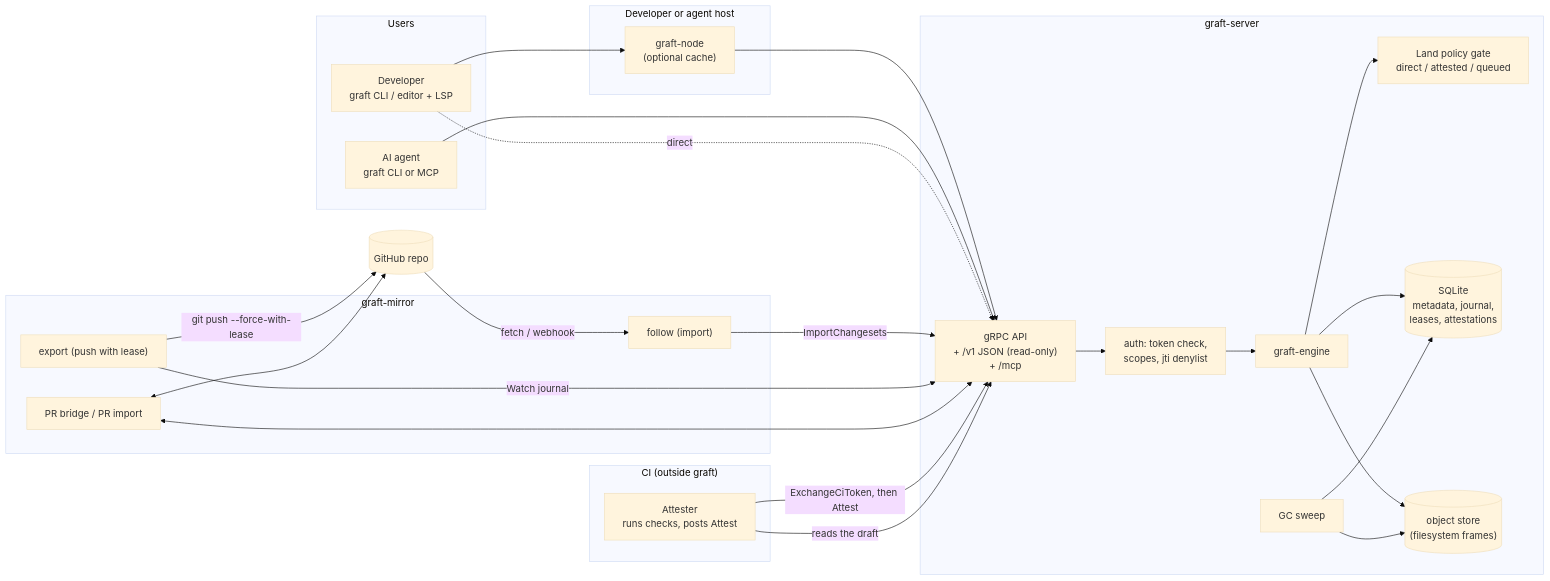
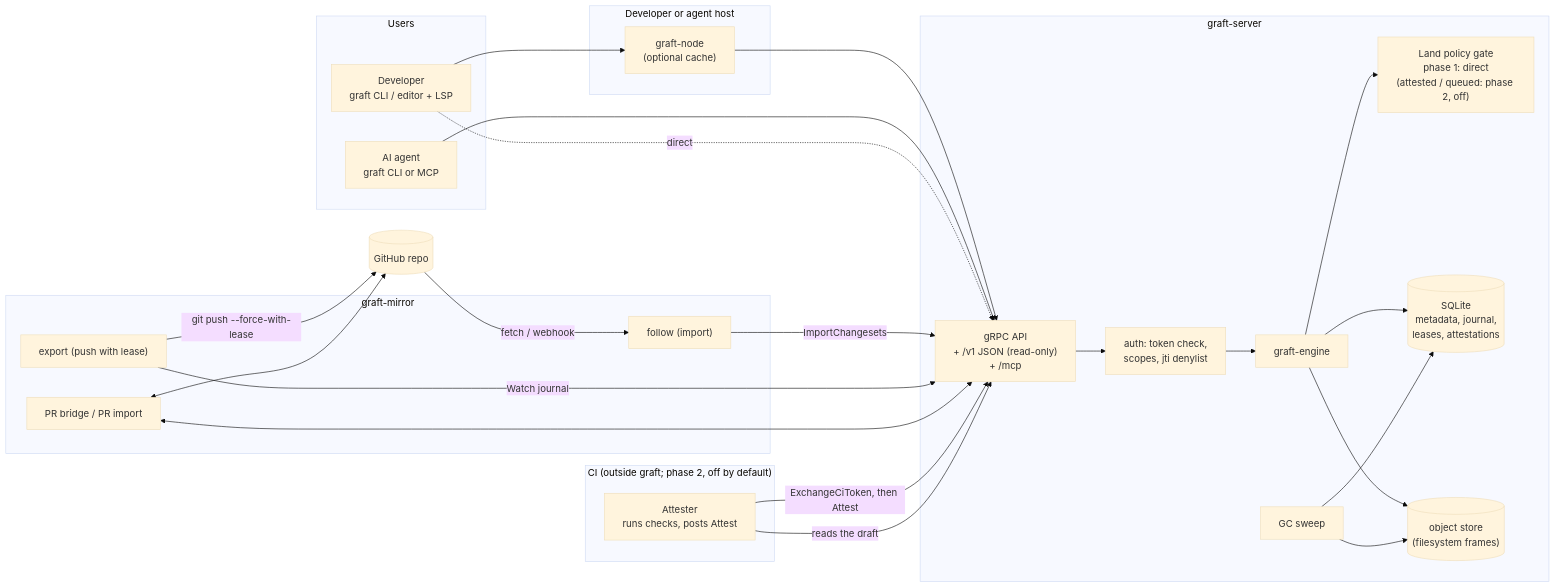
One commit to TheDancingDeveloper-org/graft changed the second of 9 diagrams in docs/architecture.md. Above: the diagram before and after it, drawn with Mermaid (base theme). The commit also changed other lines of this file and 9 other files, not shown here.

````diff
--- a/docs/architecture.md
+++ b/docs/architecture.md
@@ -96,49 +101,49 @@
 ```mermaid
 flowchart LR
   subgraph Users["Users"]
     human["Developer<br/>graft CLI / editor + LSP"]
     agent["AI agent<br/>graft CLI or MCP"]
   end
 
   subgraph Host["Developer or agent host"]
     nodec["graft-node<br/>(optional cache)"]
   end
 
   subgraph Server["graft-server"]
     api["gRPC API<br/>+ /v1 JSON (read-only)<br/>+ /mcp"]
     authz["auth: token check,<br/>scopes, jti denylist"]
     eng["graft-engine"]
-    pol["Land policy gate<br/>direct / attested / queued"]
+    pol["Land policy gate<br/>phase 1: direct<br/>(attested / queued: phase 2, off)"]
     gcs["GC sweep"]
     meta[("SQLite<br/>metadata, journal,<br/>leases, attestations")]
     objs[("object store<br/>(filesystem frames)")]
     api --> authz --> eng
     eng --> pol
     eng --> meta & objs
     gcs --> meta & objs
   end
 
   subgraph Mirror["graft-mirror"]
     follow["follow (import)"]
     export["export (push with lease)"]
     bridge["PR bridge / PR import"]
   end
 
-  subgraph CI["CI (outside graft)"]
+  subgraph CI["CI (outside graft; phase 2, off by default)"]
     attester["Attester<br/>runs checks, posts Attest"]
   end
 
   gh[("GitHub repo")]
 
   human --> nodec --> api
   agent --> api
   human -. direct .-> api
   follow -- "ImportChangesets" --> api
   export -- "Watch journal" --> api
   gh -- "fetch / webhook" --> follow
   export -- "git push --force-with-lease" --> gh
   bridge <--> gh
   bridge <--> api
   attester -- "ExchangeCiToken, then Attest" --> api
   attester -- "reads the draft" --> api
 ```
````
